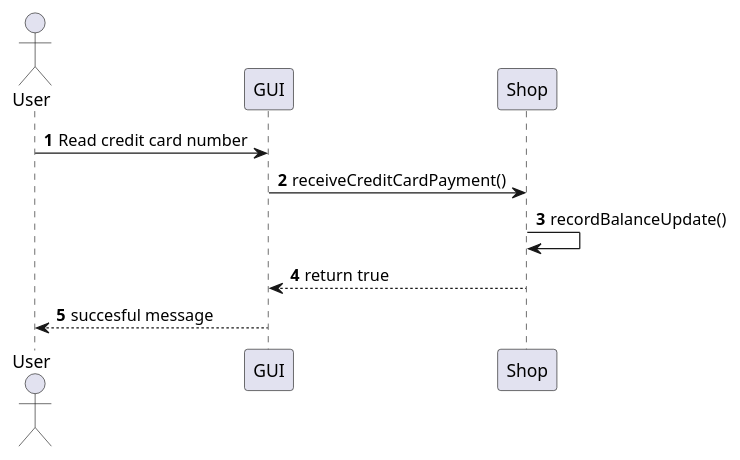
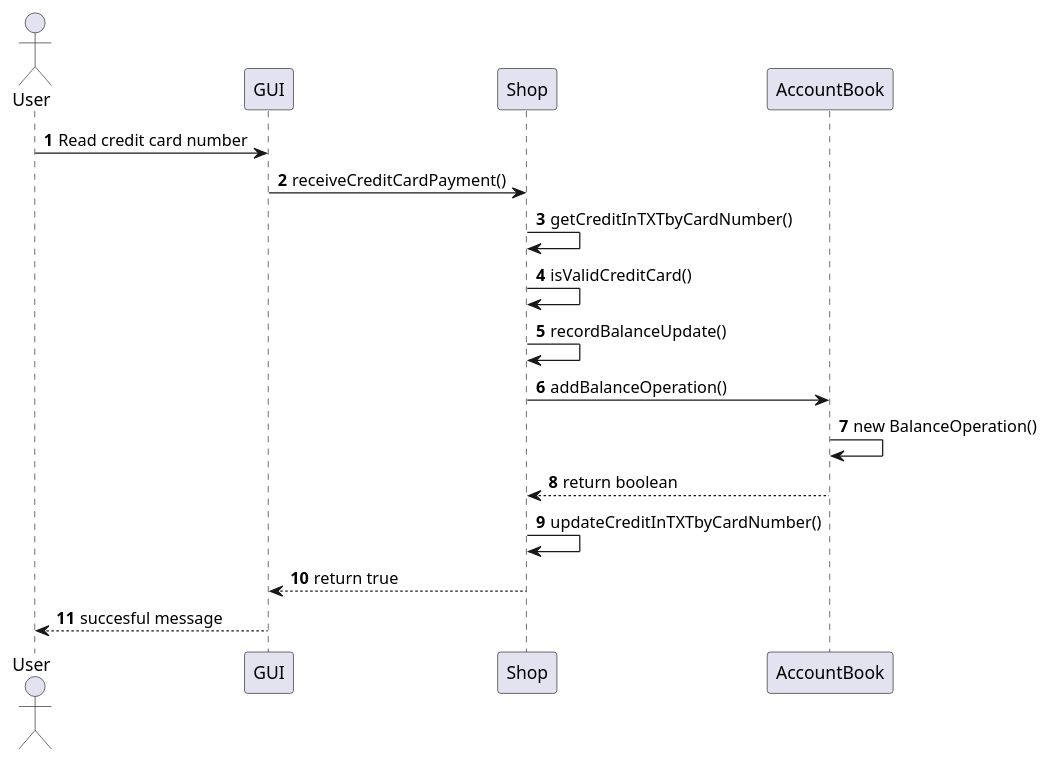
One commit to Stormz4/group20-EzShop changed diagram 18 of 23 in Deliverables/DesignDocument.md. Above: the diagram before and after it, drawn with PlantUML. The commit also changed other lines of this file, not shown here.

Commit message:
Doc: fixes to UC3 and UC 7.1 sequence diagram

````diff
--- a/Deliverables/DesignDocument.md
+++ b/Deliverables/DesignDocument.md
@@ -612,11 +611,17 @@
 ```plantuml
 @startuml
 Actor User
 autonumber
 User -> GUI: Read credit card number
 GUI -> Shop: receiveCreditCardPayment()
+Shop -> Shop: getCreditInTXTbyCardNumber()
+Shop -> Shop: isValidCreditCard()
 Shop -> Shop: recordBalanceUpdate()
+Shop -> AccountBook: addBalanceOperation()
+AccountBook -> AccountBook: new BalanceOperation()
+AccountBook --> Shop: return boolean
+Shop -> Shop: updateCreditInTXTbyCardNumber()
 Shop --> GUI: return true
 GUI --> User: succesful message
 @enduml
 ```
````
